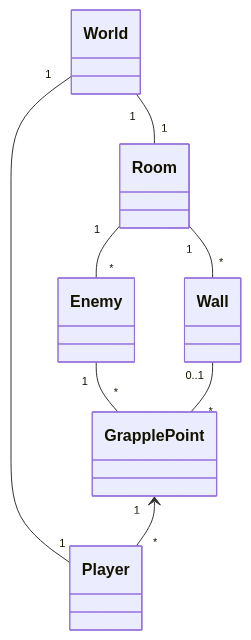
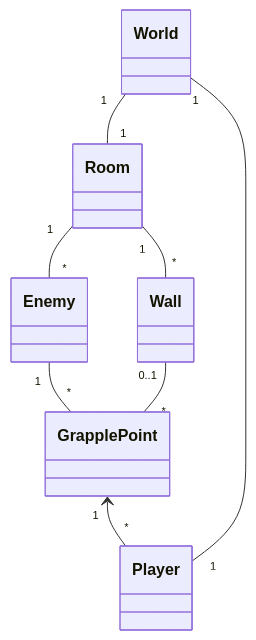
The diagram in README.md (Collins-Simon/ChairKnight), drawn with Mermaid before and after one commit. The commit also changed other lines of this file, not shown here.

Commit message:
#3, re-arranged UML and added mermaid link

````diff
--- a/README.md
+++ b/README.md
@@ -5,19 +6,19 @@
 ```mermaid
 classDiagram
 
     class World
     class Room
     class Wall
     class Player
     class Enemy
     class GrapplePoint
 
-    World "1" -- "1" Room
-    World "1" -- "1" Player
     Enemy "1" -- "*" GrapplePoint
     GrapplePoint "1" <-- "*" Player
     Wall "0..1" -- "*" GrapplePoint
     Room "1" -- "*" Enemy
     Room "1" -- "*" Wall
+    World "1" -- "1" Room
+    World "1" -- "1" Player
 
 ```
````
